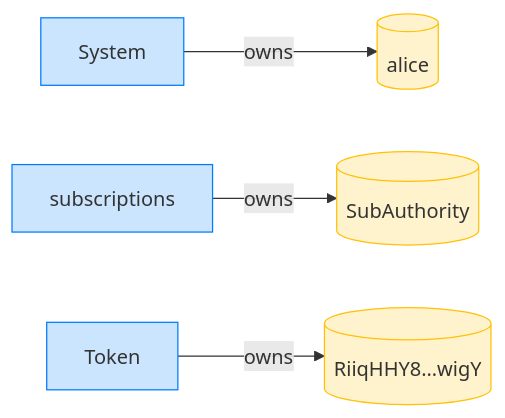
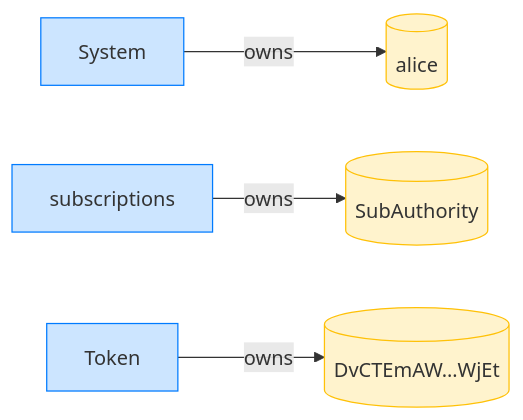
Before and after one commit to cds-rs/subscriptions: the fourth of 8 diagrams in dsl_tests/survive-a-pre-funded-delegation-pda.md, drawn with Mermaid. The commit also changed other lines of this file and 224 other files, not shown here.

````diff
--- a/dsl_tests/survive-a-pre-funded-delegation-pda.md
+++ b/dsl_tests/survive-a-pre-funded-delegation-pda.md
@@ -71,14 +76,14 @@
 ```mermaid
 flowchart LR
     classDef owner fill:#cce5ff,stroke:#007bff;
     classDef account fill:#fff3cd,stroke:#ffc107;
     System[System]:::owner
     alice[(alice)]:::account
     subscriptions[subscriptions]:::owner
     SubAuthority[(SubAuthority)]:::account
     Token[Token]:::owner
-    RiiqHHY8_wigY[("RiiqHHY8…wigY")]:::account
+    DvCTEmAW_WjEt[("DvCTEmAW…WjEt")]:::account
     System -->|owns| alice
     subscriptions -->|owns| SubAuthority
-    Token -->|owns| RiiqHHY8_wigY
+    Token -->|owns| DvCTEmAW_WjEt
 ```
````
